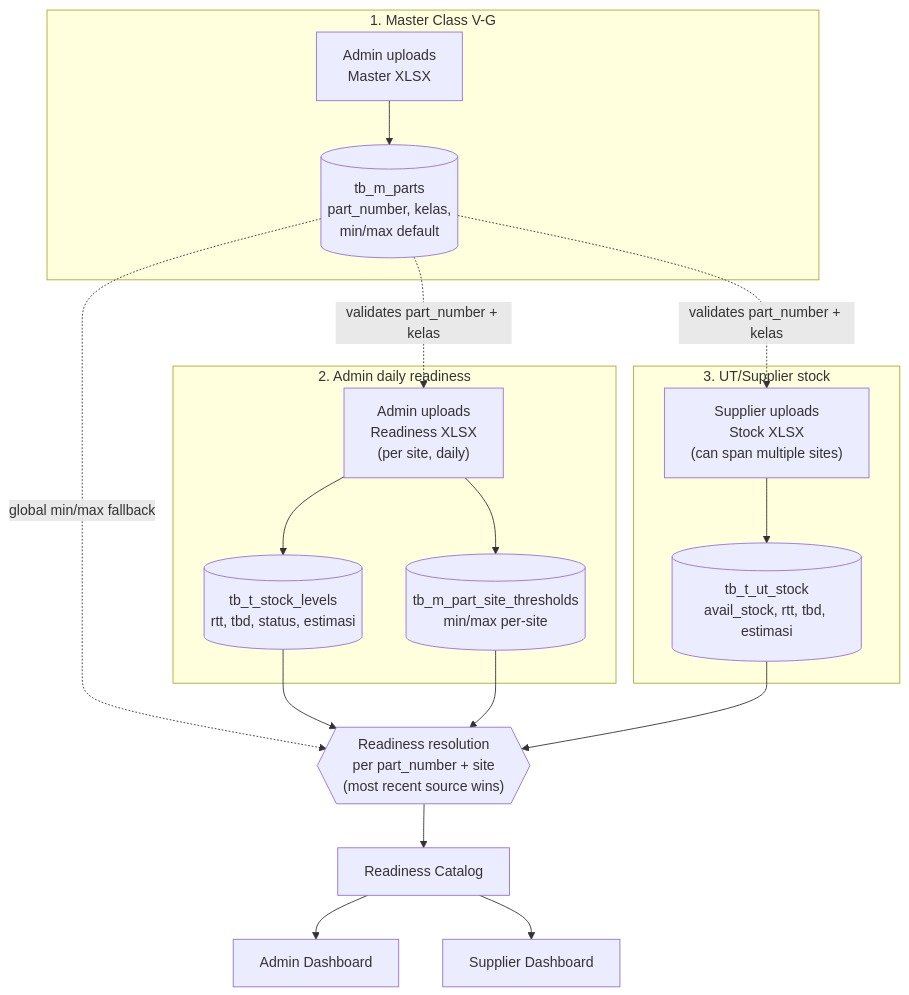
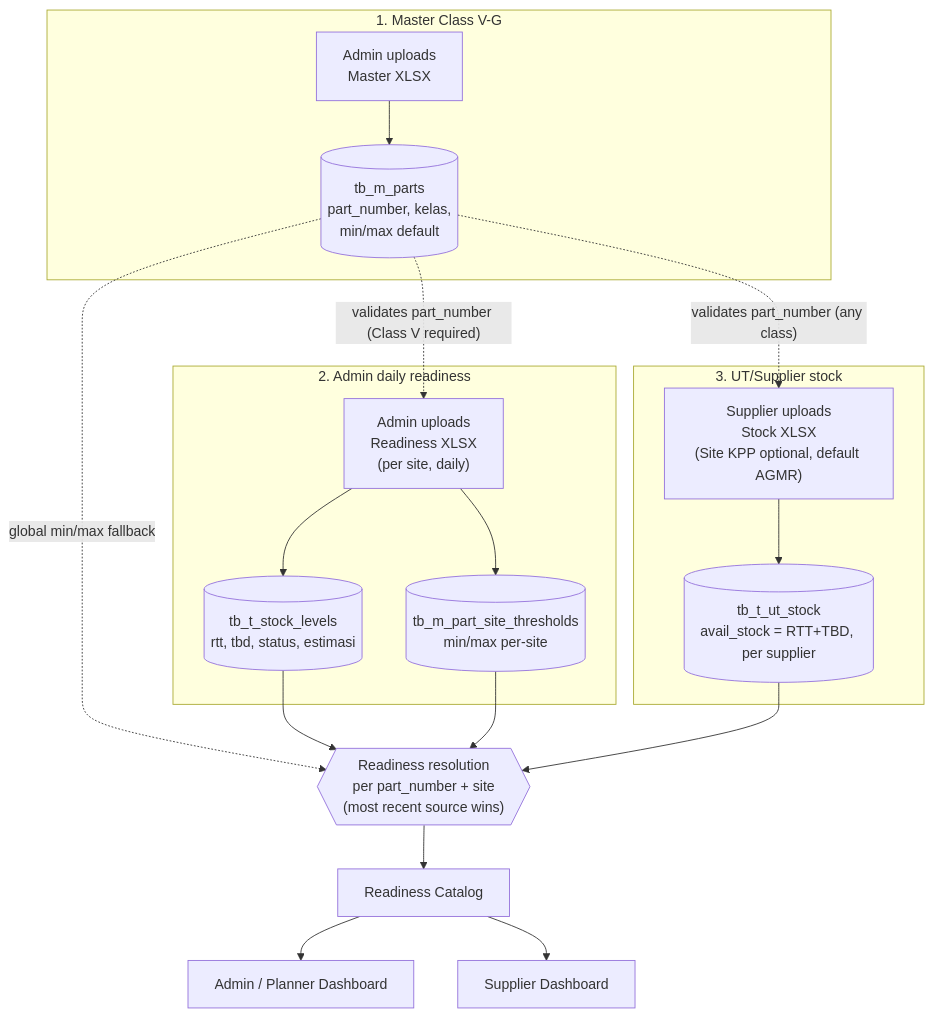
The diagram in readme.md (Carylen/StockManagement), drawn with Mermaid before and after one commit. The commit also changed other lines of this file and 19 other files, not shown here.

````diff
--- a/readme.md
+++ b/readme.md
@@ -77,28 +146,28 @@
 ```mermaid
 flowchart TD
     subgraph F1["1. Master Class V-G"]
         M1["Admin uploads\nMaster XLSX"] --> M2[("tb_m_parts\npart_number, kelas,\nmin/max default")]
     end
 
     subgraph F2["2. Admin daily readiness"]
         A1["Admin uploads\nReadiness XLSX\n(per site, daily)"] --> A2[("tb_t_stock_levels\nrtt, tbd, status, estimasi")]
         A1 --> A3[("tb_m_part_site_thresholds\nmin/max per-site")]
     end
 
     subgraph F3["3. UT/Supplier stock"]
-        U1["Supplier uploads\nStock XLSX\n(can span multiple sites)"] --> U2[("tb_t_ut_stock\navail_stock, rtt, tbd, estimasi")]
+        U1["Supplier uploads\nStock XLSX\n(Site KPP optional, default AGMR)"] --> U2[("tb_t_ut_stock\navail_stock = RTT+TBD, per supplier")]
     end
 
-    M2 -. "validates part_number + kelas" .-> A1
-    M2 -. "validates part_number + kelas" .-> U1
+    M2 -. "validates part_number (Class V required)" .-> A1
+    M2 -. "validates part_number (any class)" .-> U1
     M2 -. "global min/max fallback" .-> R
 
     R{{"Readiness resolution\nper part_number + site\n(most recent source wins)"}}
     A2 --> R
     A3 --> R
     U2 --> R
 
     R --> C["Readiness Catalog"]
-    C --> D1["Admin Dashboard"]
+    C --> D1["Admin / Planner Dashboard"]
     C --> D2["Supplier Dashboard"]
 ```
````
